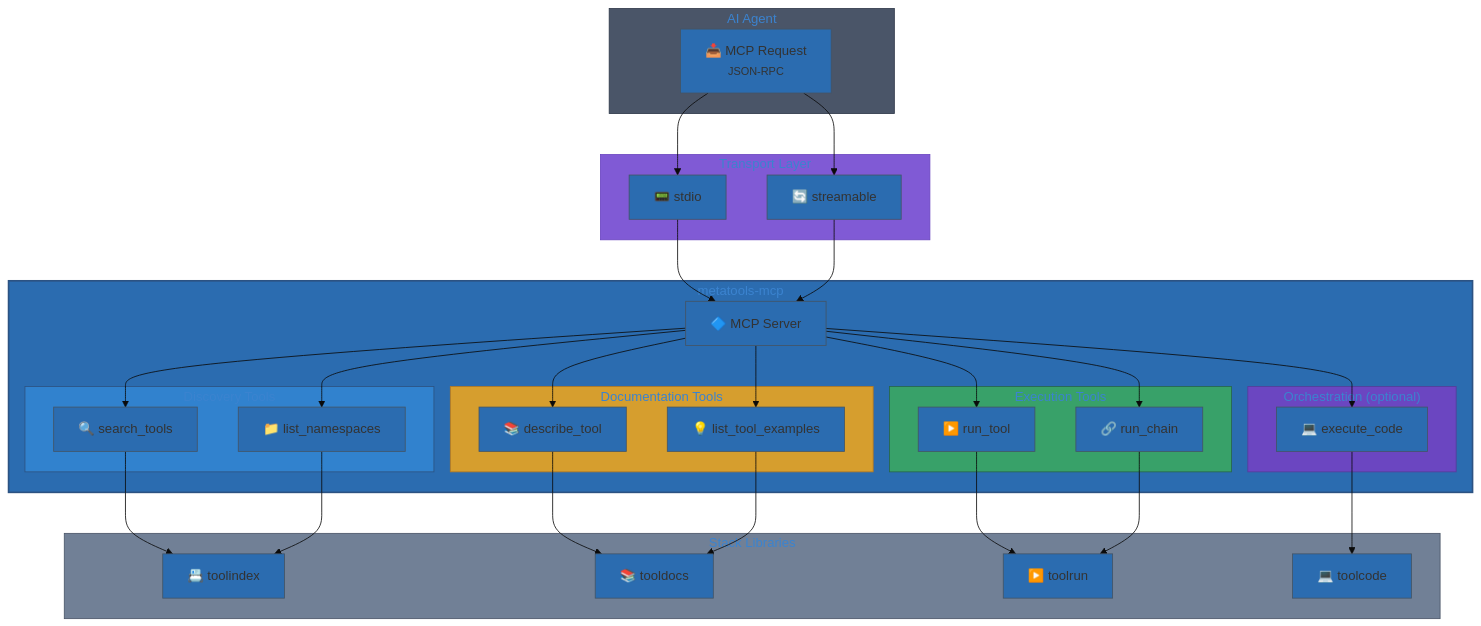
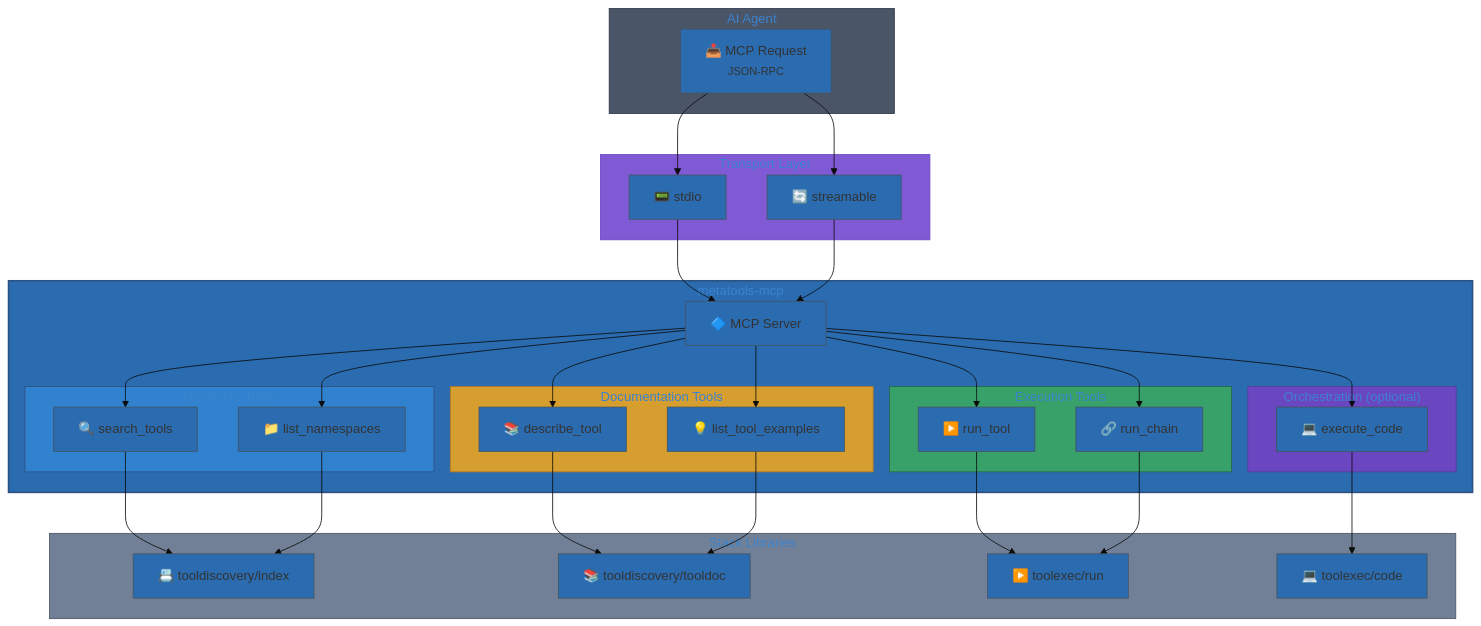
The third of 3 diagrams in docs/user-journey.md (jonwraymond/metatools-mcp), drawn with Mermaid before and after one commit. The commit also changed other lines of this file and 34 other files, not shown here.

Commit message:
docs(metatools-mcp): close PRD gaps and refresh diagrams

````diff
--- a/docs/user-journey.md
+++ b/docs/user-journey.md
@@ -113,60 +113,60 @@
 ```mermaid
 %%{init: {'theme': 'base', 'themeVariables': {'primaryColor': '#2b6cb0'}}}%%
 flowchart TB
     subgraph agent["AI Agent"]
         Request["📥 MCP Request<br/><small>JSON-RPC</small>"]
     end
 
     subgraph transport["Transport Layer"]
         Stdio["📟 stdio"]
         Streamable["🔄 streamable"]
     end
 
     subgraph metatools["metatools-mcp"]
         Server["🔷 MCP Server"]
 
         subgraph discovery["Discovery Tools"]
             SearchTools["🔍 search_tools"]
             ListNS["📁 list_namespaces"]
         end
 
         subgraph docs["Documentation Tools"]
             DescribeTool["📚 describe_tool"]
             ListExamples["💡 list_tool_examples"]
         end
 
         subgraph execution["Execution Tools"]
             RunTool["▶️ run_tool"]
             RunChain["🔗 run_chain"]
         end
 
         subgraph orchestration["Orchestration (optional)"]
             ExecCode["💻 execute_code"]
         end
     end
 
     subgraph stack["Stack Libraries"]
-        Index["📇 toolindex"]
-        Docs2["📚 tooldocs"]
-        Run["▶️ toolrun"]
-        Code["💻 toolcode"]
+        Index["📇 tooldiscovery/index"]
+        Docs2["📚 tooldiscovery/tooldoc"]
+        Run["▶️ toolexec/run"]
+        Code["💻 toolexec/code"]
     end
 
     Request --> Stdio & Streamable --> Server
     Server --> SearchTools --> Index
     Server --> ListNS --> Index
     Server --> DescribeTool --> Docs2
     Server --> ListExamples --> Docs2
     Server --> RunTool --> Run
     Server --> RunChain --> Run
     Server --> ExecCode --> Code
 
     style agent fill:#4a5568,stroke:#2d3748
     style transport fill:#805ad5,stroke:#6b46c1
     style metatools fill:#2b6cb0,stroke:#2c5282,stroke-width:2px
     style discovery fill:#3182ce,stroke:#2c5282
     style docs fill:#d69e2e,stroke:#b7791f
     style execution fill:#38a169,stroke:#276749
     style orchestration fill:#6b46c1,stroke:#553c9a
     style stack fill:#718096,stroke:#4a5568
 ```
````
